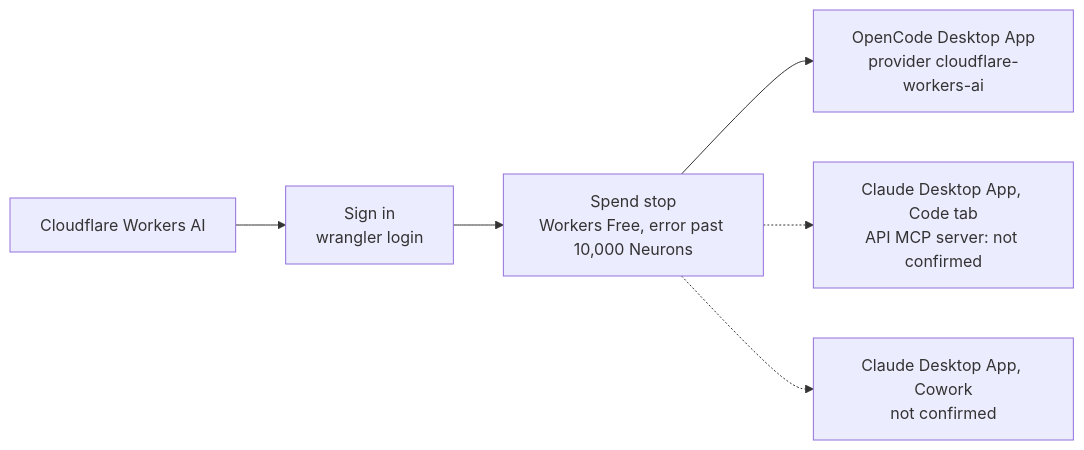
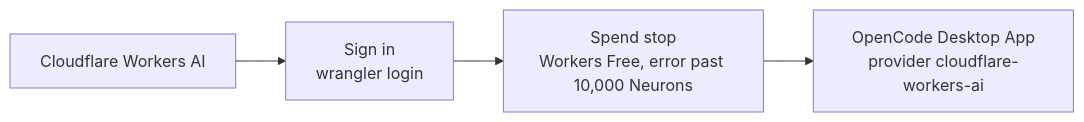
The diagram in guides/cloudflare-workers-ai.md (SoulCraft-Org/compute-crafter), drawn with Mermaid before and after one commit. The commit also changed other lines of this file and 63 other files, not shown here.

````diff
--- a/guides/cloudflare-workers-ai.md
+++ b/guides/cloudflare-workers-ai.md
@@ -5,7 +5,5 @@
 ```mermaid
 flowchart LR
   P[Cloudflare Workers AI] --> S[Sign in<br/>wrangler login] --> G[Spend stop<br/>Workers Free, error past 10,000 Neurons]
   G --> O[OpenCode Desktop App<br/>provider cloudflare-workers-ai]
-  G -.-> C[Claude Desktop App, Code tab<br/>API MCP server: not confirmed]
-  G -.-> W[Claude Desktop App, Cowork<br/>not confirmed]
 ```
````
